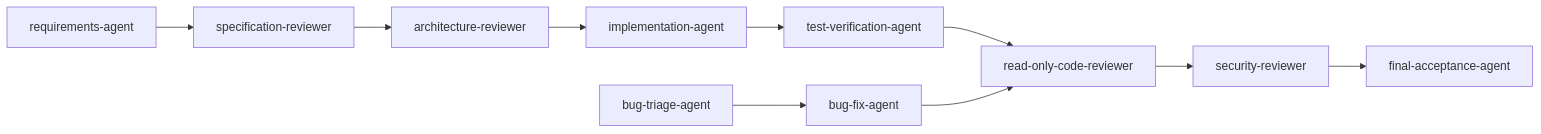
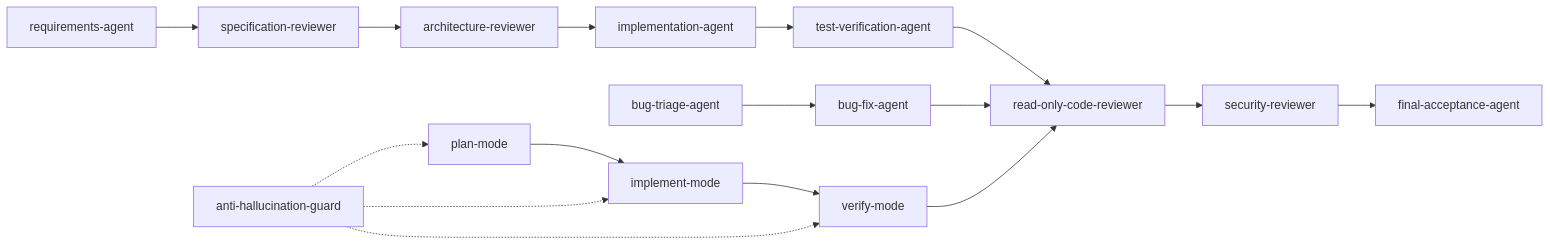
Before and after one commit to metodiev/Spec-Driven-Development-SDD: the diagram in prompts/README.md, drawn with Mermaid. The commit also changed other lines of this file and 56 other files, not shown here.

````diff
--- a/prompts/README.md
+++ b/prompts/README.md
@@ -22,12 +26,18 @@
 ```mermaid
 flowchart LR
     R["requirements-agent"] --> SR["specification-reviewer"]
     SR --> A["architecture-reviewer"]
     A --> I["implementation-agent"]
     I --> T["test-verification-agent"]
     T --> C["read-only-code-reviewer"]
     C --> S["security-reviewer"]
     S --> F["final-acceptance-agent"]
     BT["bug-triage-agent"] --> BF["bug-fix-agent"]
     BF --> C
+    PM["plan-mode"] --> IM["implement-mode"]
+    IM --> VM["verify-mode"]
+    VM --> C
+    AG["anti-hallucination-guard"] -.-> PM
+    AG -.-> IM
+    AG -.-> VM
 ```
````
